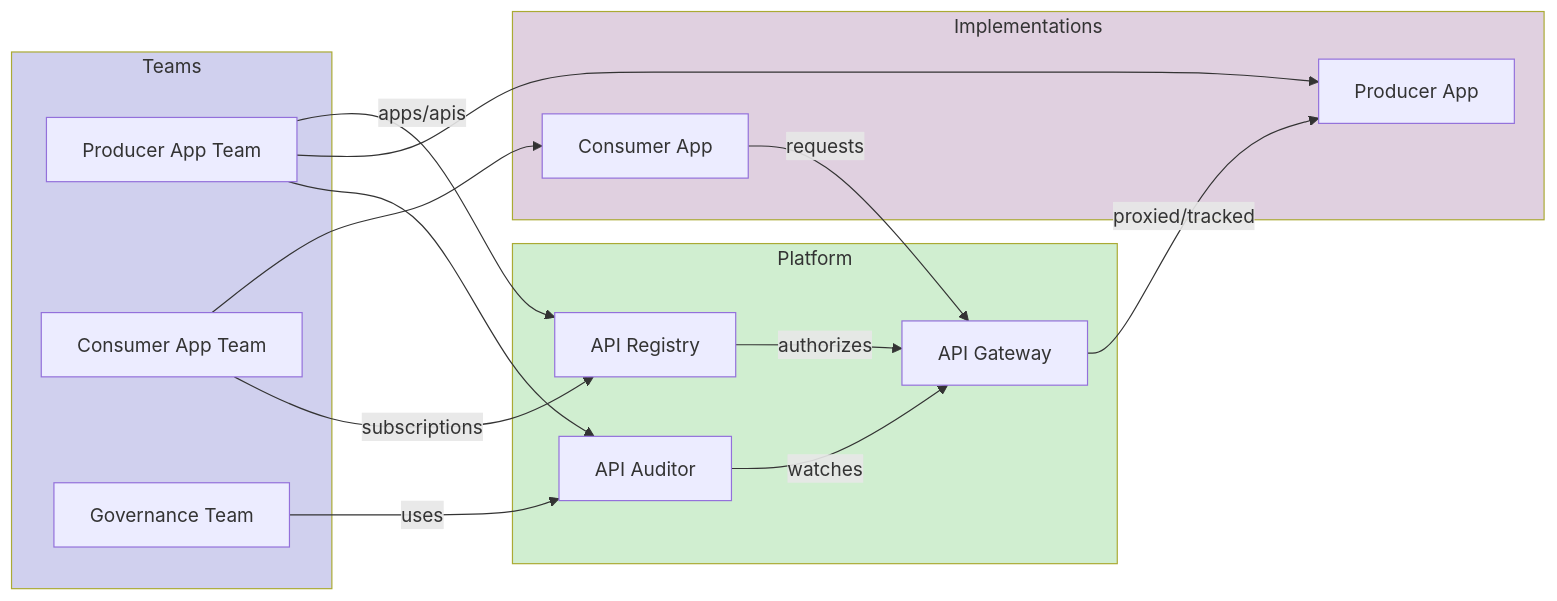
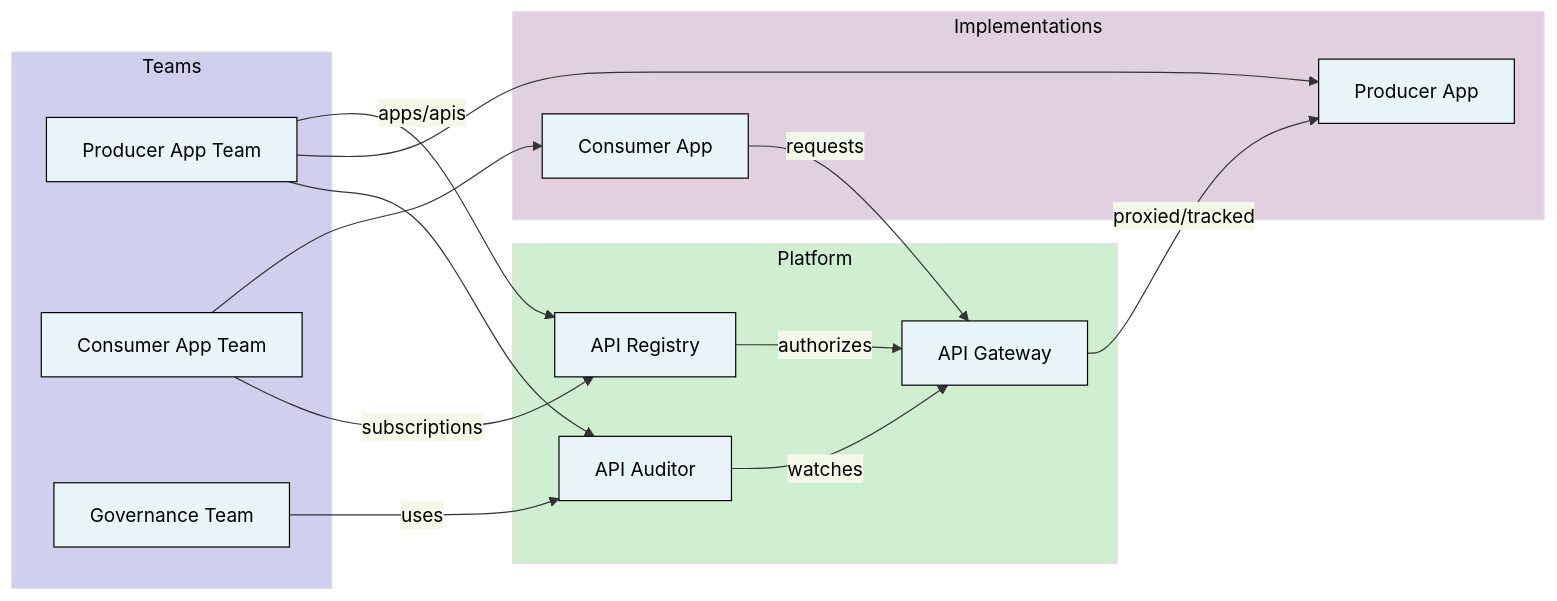
One commit to barbecuesteve/api-governance changed the first of 9 diagrams in technical-design.md. Above: the diagram before and after it, drawn with Mermaid.

Commit message:
one more diagram styled

```diff
--- a/technical-design.md
+++ b/technical-design.md
@@ -26,34 +26,35 @@
 <pre class="mermaid">
+%%{init: {'theme':'base', 'themeVariables': { 'primaryColor':'#e8f4f8','primaryTextColor':'#000','primaryBorderColor':'#000','lineColor':'#333'}}}%%
 flowchart LR
     subgraph Teams
         TeamP[Producer App Team]
         TeamC[Consumer App Team]
         Admin[Governance Team]
     end
 
     subgraph Platform
         Registry[API Registry]
         Gateway[API Gateway]
         Auditor[API Auditor]
     end
 
     subgraph Implementations
         AppC[Consumer App]
         AppP[Producer App]
     end
 
     Registry -->|authorizes| Gateway
     Gateway -->|proxied/tracked| AppP
     AppC -->|requests| Gateway
     TeamP -->|apps/apis| Registry
     TeamP --> AppP
     TeamC --> AppC
     TeamC -->|subscriptions| Registry
     TeamP --> Auditor
     Admin -->|uses| Auditor
     Auditor -->|watches| Gateway
 
     style Platform fill:#D0EED0
     style Teams fill:#D0D0EE  
     style Implementations fill:#E0D0E0
 </pre>
```
